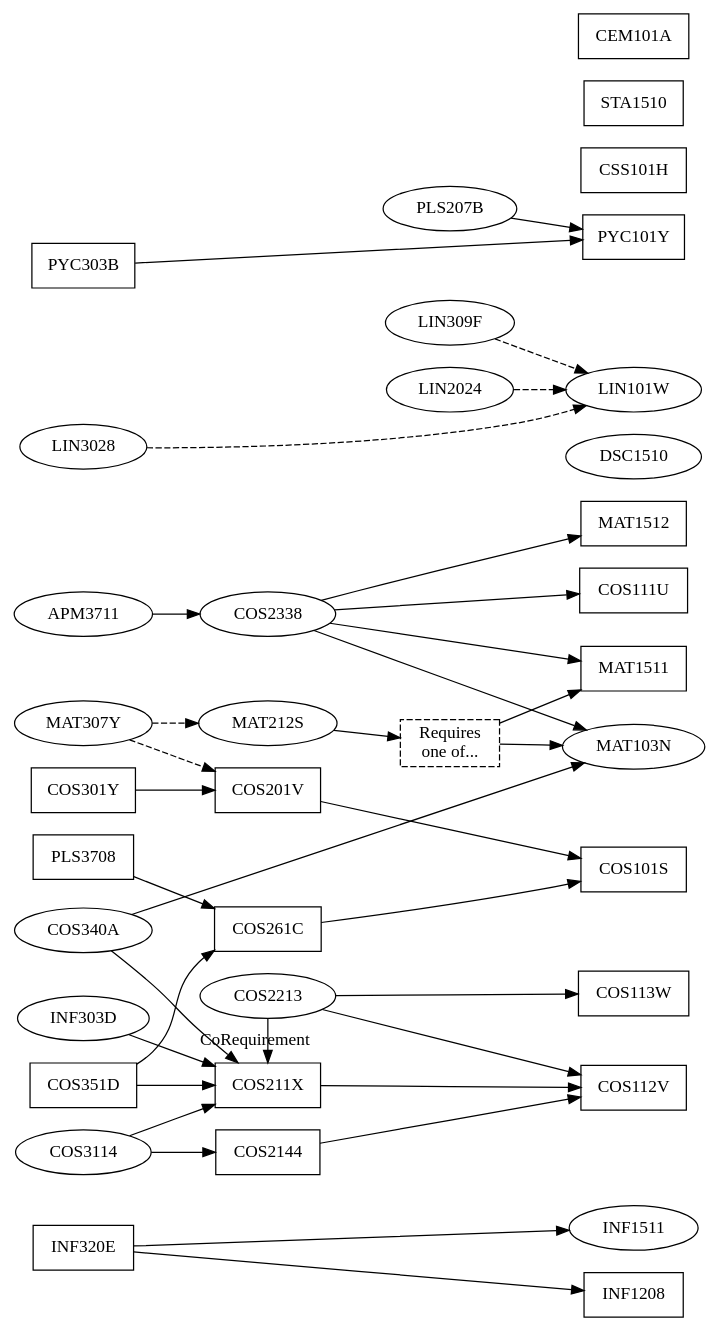
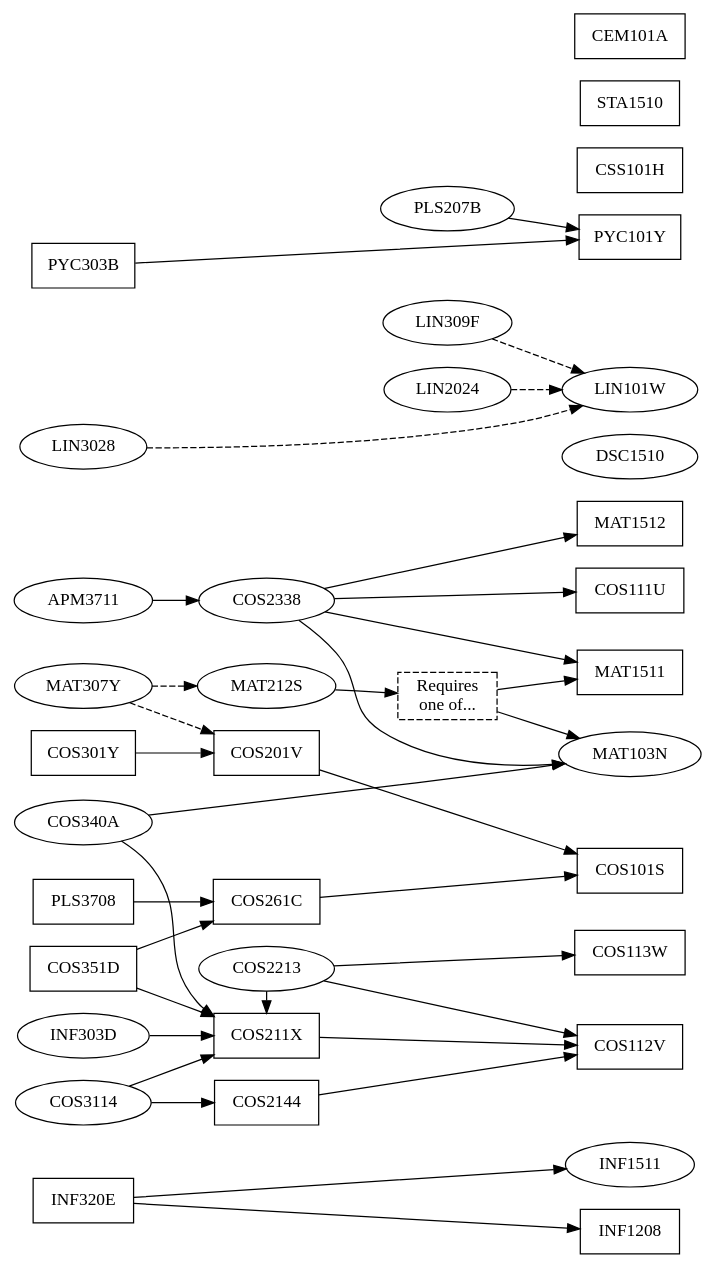
One commit to apauley/unisa-module-graph changed the diagram in ComputationalIntelligence.dot. Above: the diagram before and after it, drawn with Graphviz.

Commit message:
Remove co-requirement label

```diff
--- a/ComputationalIntelligence.dot
+++ b/ComputationalIntelligence.dot
@@ -1,66 +1,66 @@
 digraph ComputationalIntelligence {
     node [shape=box];
     rankdir=LR;
 
     // Optional modules are ellipse-shaped
     INF1511 [shape=ellipse];
     MAT103N [shape=ellipse];
     DSC1510 [shape=ellipse];
     LIN101W [shape=ellipse];
 
     COS2213 [shape=ellipse];
     COS2338 [shape=ellipse];
     MAT212S [shape=ellipse];
     LIN309F [shape=ellipse];
     LIN2024 [shape=ellipse];
     PLS207B [shape=ellipse];
 
     COS3114 [shape=ellipse];
     APM3711 [shape=ellipse];
     MAT307Y [shape=ellipse];
     INF303D [shape=ellipse];
     LIN3028 [shape=ellipse];
     COS340A [shape=ellipse];
 
     {rank=same; COS301Y INF320E COS351D PLS3708}
     {rank=same; COS3114 APM3711 MAT307Y COS340A}
     {rank=same; INF303D LIN3028 PYC303B}
 
     {rank=same; COS201V COS211X COS261C COS2144}
     {rank=same; COS2213 COS2338 MAT212S}
     {rank=same; LIN309F LIN2024 PLS207B}
 
     {rank=same; COS101S COS112V COS113W INF1208 MAT1512 MAT1511 MAT103N PYC101Y COS111U LIN101W INF1511}
     {rank=same; DSC1510 CSS101H STA1510 CEM101A}
     {rank=max; DSC1510 COS101S}
 
     COS301Y -> {COS201V}
     INF320E -> {INF1208 INF1511}
     COS351D -> {COS211X COS261C}
     PLS3708 -> {COS261C}
     PYC303B -> {PYC101Y}
 
     COS3114 -> {COS211X COS2144}
     APM3711 -> {COS2338}
     MAT307Y -> {MAT212S COS201V} [style=dashed]
     INF303D -> {COS211X}
     LIN3028 -> {LIN101W} [style=dashed]
     COS340A -> {COS211X MAT103N}
 
 
     COS201V -> {COS101S}
     COS211X -> {COS112V}
     COS261C -> {COS101S}
     COS2144 -> {COS112V}
 
     {rank=same; COS2213 COS211X}
     COS2213 -> {COS112V COS113W}
-    COS2213 -> {COS211X} [label=CoRequirement]
+    COS2213 -> {COS211X}
     COS2338 -> {COS111U MAT103N MAT1511 MAT1512}
     MAT103OR151 [label="Requires\none of...", style=dashed];
     MAT212S -> {MAT103OR151}
     MAT103OR151 -> {MAT103N MAT1511}
     LIN309F -> {LIN101W} [style=dashed]
     LIN2024 -> {LIN101W} [style=dashed]
     PLS207B -> {PYC101Y}
 }
```
